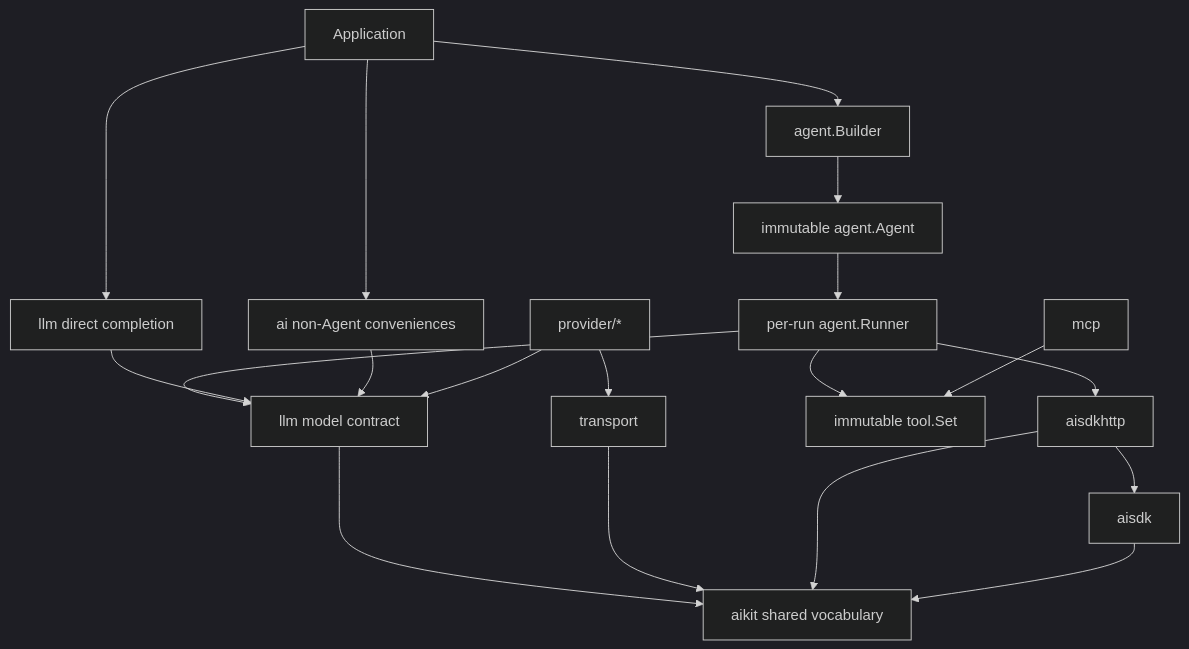
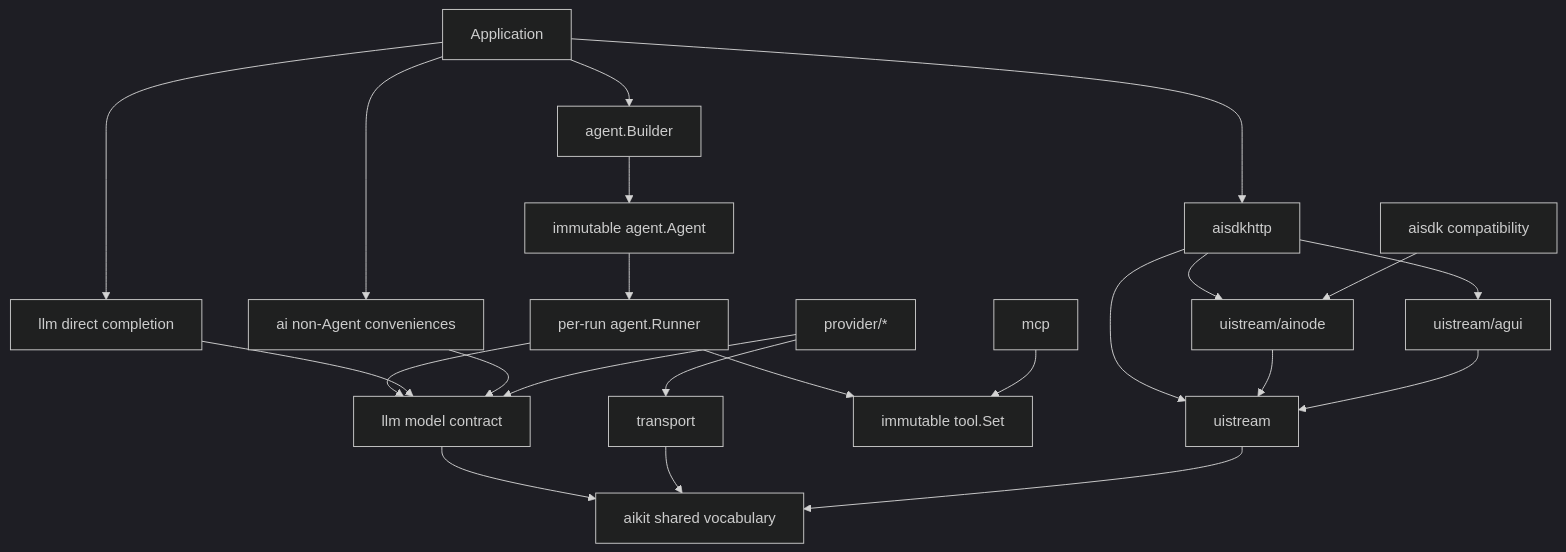
One commit to open-ai-sdk/ai-go changed the diagram in docs/docs/architecture.md. Above: the diagram before and after it, drawn with Mermaid (dark theme). The commit also changed other lines of this file and 282 other files, not shown here.

````diff
--- a/docs/docs/architecture.md
+++ b/docs/docs/architecture.md
@@ -7,23 +7,27 @@
 ```mermaid
 flowchart TD
     Application --> AI["ai non-Agent conveniences"]
     Application --> Builder["agent.Builder"]
     Application --> Direct["llm direct completion"]
     Builder --> Agent["immutable agent.Agent"]
     Agent --> Runner["per-run agent.Runner"]
     Runner --> LLM["llm model contract"]
     Direct --> LLM
     AI --> LLM
 
     Providers["provider/*"] --> LLM
     Providers --> Transport["transport"]
 
     LLM --> Aikit["aikit shared vocabulary"]
     Transport --> Aikit
     Runner --> Tools["immutable tool.Set"]
     MCP["mcp"] --> Tools
-    Runner --> HTTP["aisdkhttp"]
-    HTTP --> UI["aisdk"]
-    HTTP --> Aikit
-    UI --> Aikit
+    Application --> HTTP["aisdkhttp"]
+    HTTP --> Stream["uistream"]
+    HTTP --> AINode["uistream/ainode"]
+    HTTP --> AGUI["uistream/agui"]
+    AINode --> Stream
+    AGUI --> Stream
+    Stream --> Aikit
+    Compat["aisdk compatibility"] --> AINode
 ```
````
